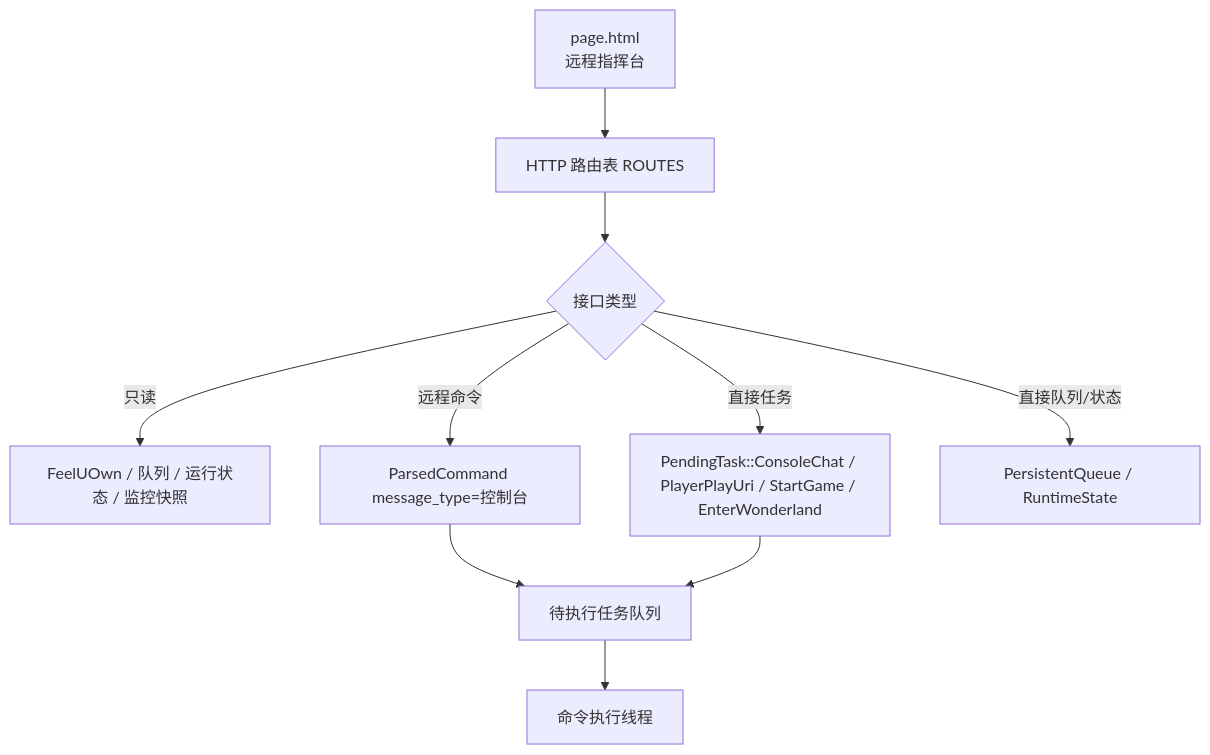
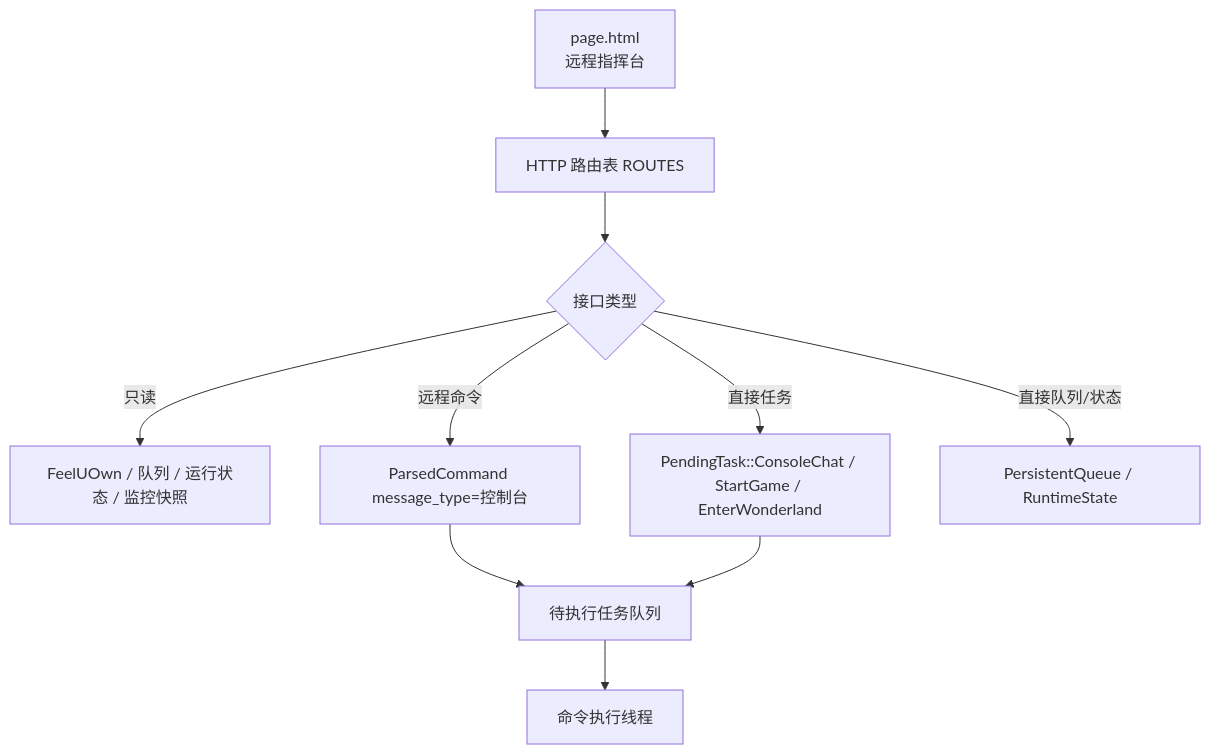
One commit to XingNian-www/Miliastra-Wonderland-Music changed the diagram in docs/web-monitor-api.md. Above: the diagram before and after it, drawn with Mermaid. The commit also changed other lines of this file and 10 other files, not shown here.

````diff
--- a/docs/web-monitor-api.md
+++ b/docs/web-monitor-api.md
@@ -11,12 +11,12 @@
 ```mermaid
 flowchart TD
     A["page.html<br/>远程指挥台"] --> B["HTTP 路由表 ROUTES"]
     B --> C{"接口类型"}
     C -->|只读| D["FeelUOwn / 队列 / 运行状态 / 监控快照"]
     C -->|远程命令| E["ParsedCommand message_type=控制台"]
-    C -->|直接任务| F["PendingTask::ConsoleChat / PlayerPlayUri / StartGame / EnterWonderland"]
+    C -->|直接任务| F["PendingTask::ConsoleChat / StartGame / EnterWonderland"]
     C -->|直接队列/状态| G["PersistentQueue / RuntimeState"]
     E --> H["待执行任务队列"]
     F --> H
     H --> I["命令执行线程"]
 ```
````
